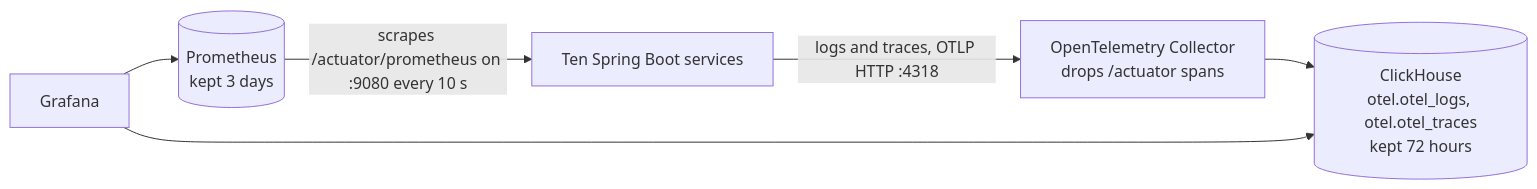
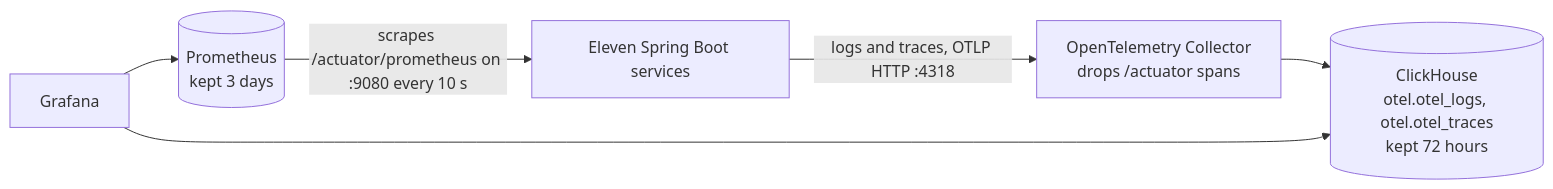
The first of 2 diagrams in README.md (chrysaor/JayPay), drawn with Mermaid before and after one commit. The commit also changed other lines of this file and 18 other files, not shown here.

First line of the commit message:
feat(infra): run event-flow-service in both stacks and smoke the event flows

````diff
--- a/README.md
+++ b/README.md
@@ -115,13 +116,13 @@
 ```mermaid
 flowchart LR
-    services["Ten Spring Boot services"]
+    services["Eleven Spring Boot services"]
     collector["OpenTelemetry Collector<br/>drops /actuator spans"]
     clickhouse[("ClickHouse<br/>otel.otel_logs, otel.otel_traces<br/>kept 72 hours")]
     prometheus[("Prometheus<br/>kept 3 days")]
     grafana["Grafana"]
 
     services -- "logs and traces, OTLP HTTP :4318" --> collector
     collector --> clickhouse
     prometheus -- "scrapes /actuator/prometheus on :9080 every 10 s" --> services
     grafana --> clickhouse & prometheus
 ```
````
